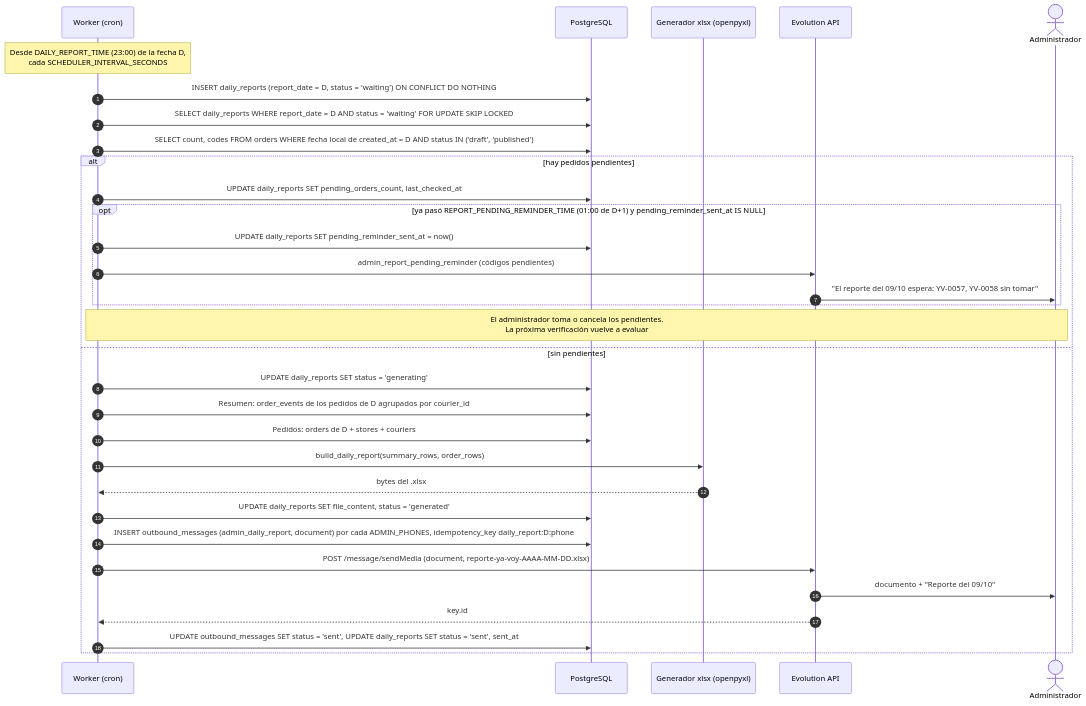
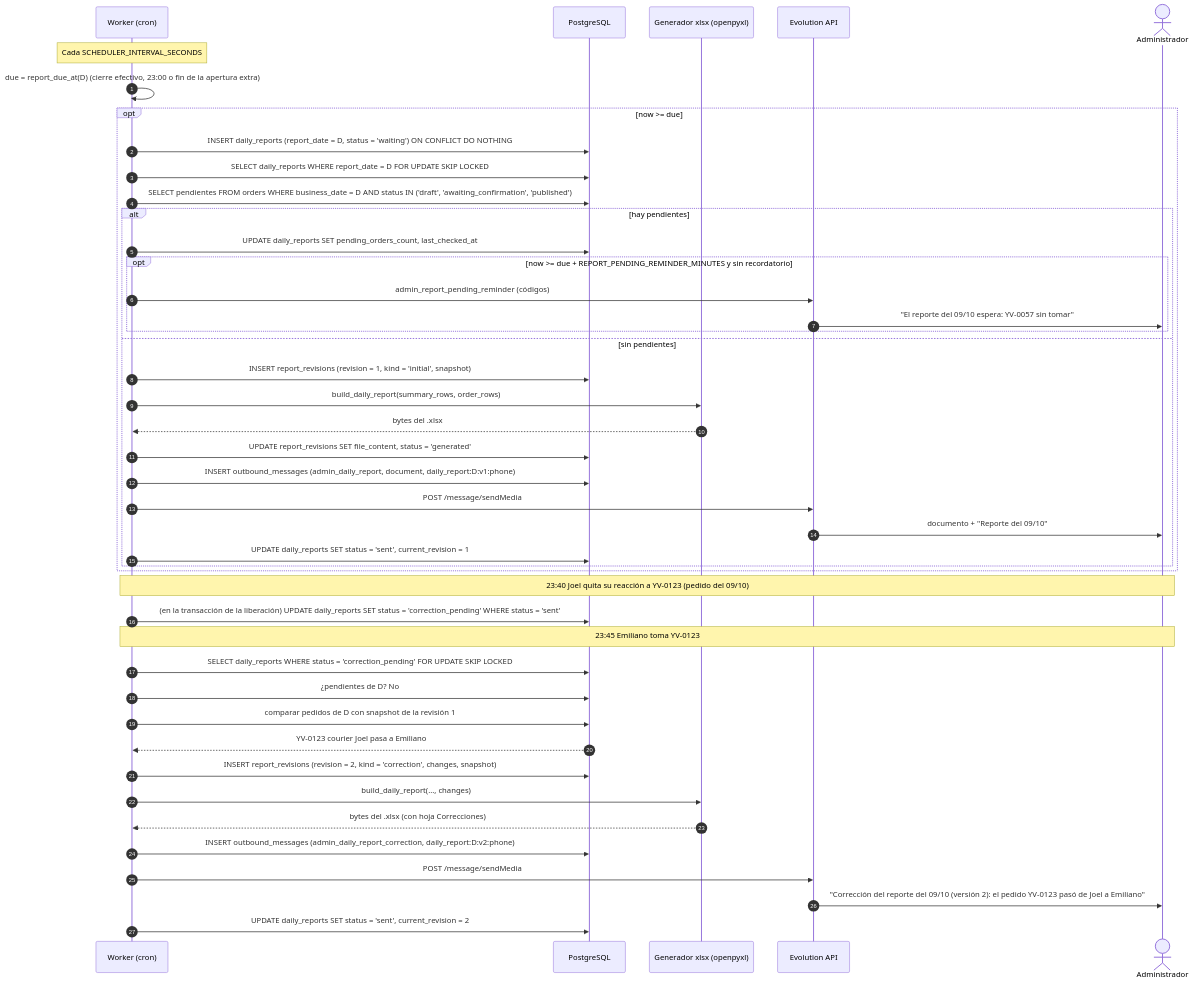
One commit to KevOrtega/ya-voy-automation-whatsapp changed the sixth of 7 diagrams in docs/04-secuencias.md. Above: the diagram before and after it, drawn with Mermaid. The commit also changed other lines of this file and 8 other files, not shown here.

Commit message:
docs: add store confirmation, cancellation cleanup, hour extensions and report corrections

````diff
--- a/docs/04-secuencias.md
+++ b/docs/04-secuencias.md
@@ -225,36 +304,48 @@
 ```mermaid
 sequenceDiagram
     autonumber
     participant CR as Worker (cron)
     participant DB as PostgreSQL
     participant X as Generador xlsx (openpyxl)
     participant EVO as Evolution API
     actor AD as Administrador
 
-    Note over CR: Desde DAILY_REPORT_TIME (23:00) de la fecha D,<br/>cada SCHEDULER_INTERVAL_SECONDS
-    CR->>DB: INSERT daily_reports (report_date = D, status = 'waiting') ON CONFLICT DO NOTHING
-    CR->>DB: SELECT daily_reports WHERE report_date = D AND status = 'waiting' FOR UPDATE SKIP LOCKED
-    CR->>DB: SELECT count, codes FROM orders WHERE fecha local de created_at = D AND status IN ('draft', 'published')
+    Note over CR: Cada SCHEDULER_INTERVAL_SECONDS
+    CR->>CR: due = report_due_at(D) (cierre efectivo, 23:00 o fin de la apertura extra)
+    opt now >= due
+        CR->>DB: INSERT daily_reports (report_date = D, status = 'waiting') ON CONFLICT DO NOTHING
+        CR->>DB: SELECT daily_reports WHERE report_date = D FOR UPDATE SKIP LOCKED
+        CR->>DB: SELECT pendientes FROM orders WHERE business_date = D AND status IN ('draft', 'awaiting_confirmation', 'published')
+        alt hay pendientes
+            CR->>DB: UPDATE daily_reports SET pending_orders_count, last_checked_at
+            opt now >= due + REPORT_PENDING_REMINDER_MINUTES y sin recordatorio
+                CR->>EVO: admin_report_pending_reminder (códigos)
+                EVO->>AD: "El reporte del 09/10 espera: YV-0057 sin tomar"
+            end
+        else sin pendientes
+            CR->>DB: INSERT report_revisions (revision = 1, kind = 'initial', snapshot)
+            CR->>X: build_daily_report(summary_rows, order_rows)
+            X-->>CR: bytes del .xlsx
+            CR->>DB: UPDATE report_revisions SET file_content, status = 'generated'
+            CR->>DB: INSERT outbound_messages (admin_daily_report, document, daily_report:D:v1:phone)
+            CR->>EVO: POST /message/sendMedia
+            EVO->>AD: documento + "Reporte del 09/10"
+            CR->>DB: UPDATE daily_reports SET status = 'sent', current_revision = 1
+        end
+    end
 
-    alt hay pedidos pendientes
-        CR->>DB: UPDATE daily_reports SET pending_orders_count, last_checked_at
-        opt ya pasó REPORT_PENDING_REMINDER_TIME (01:00 de D+1) y pending_reminder_sent_at IS NULL
-            CR->>DB: UPDATE daily_reports SET pending_reminder_sent_at = now()
-            CR->>EVO: admin_report_pending_reminder (códigos pendientes)
-            EVO->>AD: "El reporte del 09/10 espera: YV-0057, YV-0058 sin tomar"
-        end
-        Note over CR,AD: El administrador toma o cancela los pendientes.<br/>La próxima verificación vuelve a evaluar
-    else sin pendientes
-        CR->>DB: UPDATE daily_reports SET status = 'generating'
-        CR->>DB: Resumen: order_events de los pedidos de D agrupados por courier_id
-        CR->>DB: Pedidos: orders de D + stores + couriers
-        CR->>X: build_daily_report(summary_rows, order_rows)
-        X-->>CR: bytes del .xlsx
-        CR->>DB: UPDATE daily_reports SET file_content, status = 'generated'
-        CR->>DB: INSERT outbound_messages (admin_daily_report, document) por cada ADMIN_PHONES, idempotency_key daily_report:D:phone
-        CR->>EVO: POST /message/sendMedia (document, reporte-ya-voy-AAAA-MM-DD.xlsx)
-        EVO->>AD: documento + "Reporte del 09/10"
-        EVO-->>CR: key.id
-        CR->>DB: UPDATE outbound_messages SET status = 'sent', UPDATE daily_reports SET status = 'sent', sent_at
-    end
+    Note over CR,AD: 23:40 Joel quita su reacción a YV-0123 (pedido del 09/10)
+    CR->>DB: (en la transacción de la liberación) UPDATE daily_reports SET status = 'correction_pending' WHERE status = 'sent'
+    Note over CR,AD: 23:45 Emiliano toma YV-0123
+    CR->>DB: SELECT daily_reports WHERE status = 'correction_pending' FOR UPDATE SKIP LOCKED
+    CR->>DB: ¿pendientes de D? No
+    CR->>DB: comparar pedidos de D con snapshot de la revisión 1
+    DB-->>CR: YV-0123 courier Joel pasa a Emiliano
+    CR->>DB: INSERT report_revisions (revision = 2, kind = 'correction', changes, snapshot)
+    CR->>X: build_daily_report(..., changes)
+    X-->>CR: bytes del .xlsx (con hoja Correcciones)
+    CR->>DB: INSERT outbound_messages (admin_daily_report_correction, daily_report:D:v2:phone)
+    CR->>EVO: POST /message/sendMedia
+    EVO->>AD: "Corrección del reporte del 09/10 (versión 2): el pedido YV-0123 pasó de Joel a Emiliano"
+    CR->>DB: UPDATE daily_reports SET status = 'sent', current_revision = 2
 ```
````
